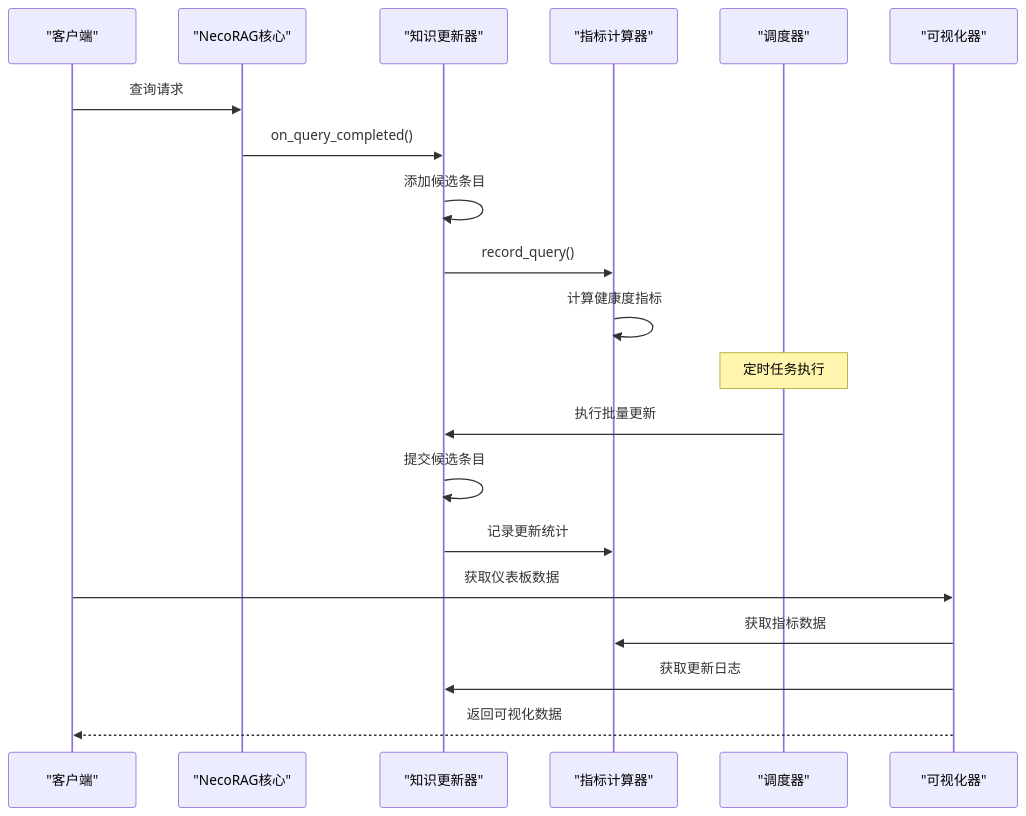
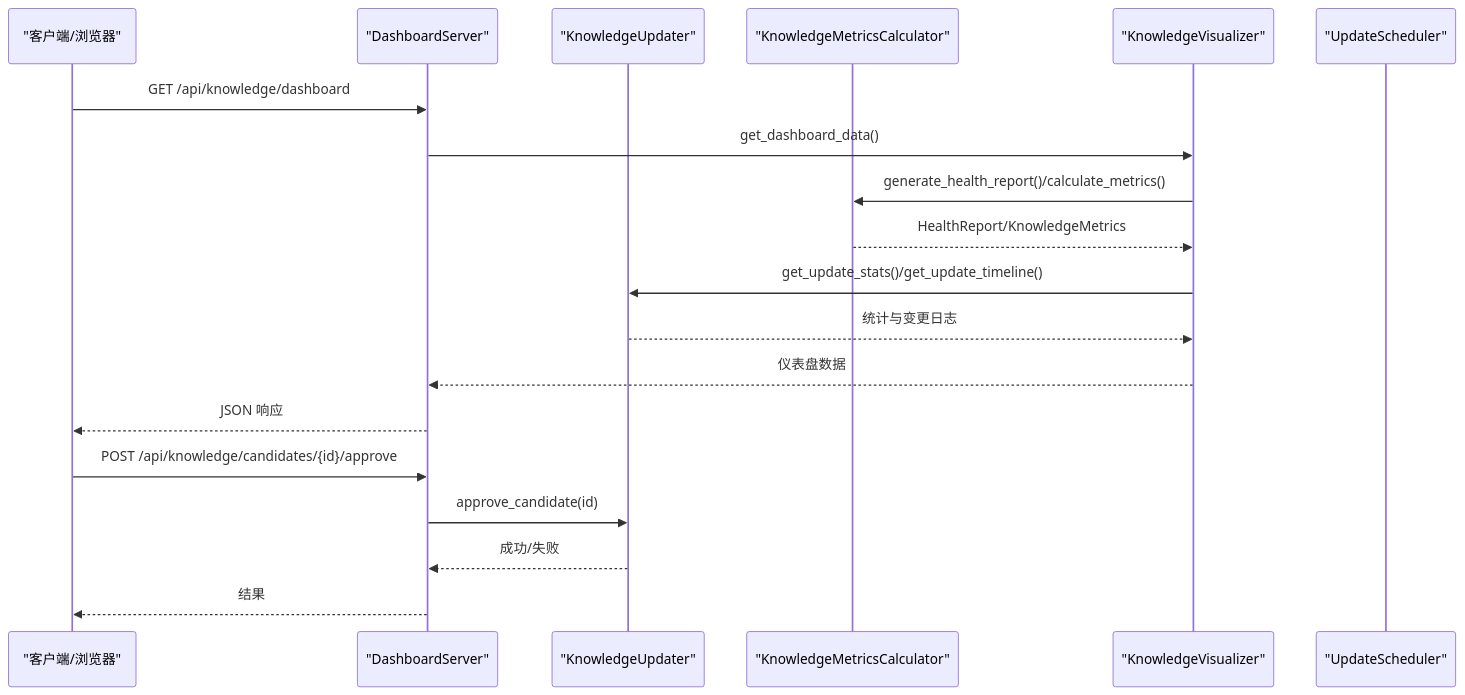
One commit to JieGaoPrinceton/NecoRAG changed the second of 7 diagrams in .qoder/repowiki/zh/content/知识演化系统/知识演化系统.md. Above: the diagram before and after it, drawn with Mermaid. The commit also changed other lines of this file and 181 other files, not shown here.

````diff
--- a/.qoder/repowiki/zh/content/知识演化系统/知识演化系统.md
+++ b/.qoder/repowiki/zh/content/知识演化系统/知识演化系统.md
@@ -111,22 +126,21 @@
 ```mermaid
 sequenceDiagram
-participant Client as "客户端"
-participant NecoRAG as "NecoRAG核心"
-participant Updater as "知识更新器"
-participant Metrics as "指标计算器"
-participant Scheduler as "调度器"
-participant Visualizer as "可视化器"
-Client->>NecoRAG : 查询请求
-NecoRAG->>Updater : on_query_completed()
-Updater->>Updater : 添加候选条目
-Updater->>Metrics : record_query()
-Metrics->>Metrics : 计算健康度指标
-Note over Scheduler : 定时任务执行
-Scheduler->>Updater : 执行批量更新
-Updater->>Updater : 提交候选条目
-Updater->>Metrics : 记录更新统计
-Client->>Visualizer : 获取仪表板数据
-Visualizer->>Metrics : 获取指标数据
-Visualizer->>Updater : 获取更新日志
-Visualizer-->>Client : 返回可视化数据
+participant Client as "客户端/浏览器"
+participant API as "DashboardServer"
+participant Updater as "KnowledgeUpdater"
+participant Metrics as "KnowledgeMetricsCalculator"
+participant Visual as "KnowledgeVisualizer"
+participant Scheduler as "UpdateScheduler"
+Client->>API : GET /api/knowledge/dashboard
+API->>Visual : get_dashboard_data()
+Visual->>Metrics : generate_health_report()/calculate_metrics()
+Metrics-->>Visual : HealthReport/KnowledgeMetrics
+Visual->>Updater : get_update_stats()/get_update_timeline()
+Updater-->>Visual : 统计与变更日志
+Visual-->>API : 仪表盘数据
+API-->>Client : JSON 响应
+Client->>API : POST /api/knowledge/candidates/{id}/approve
+API->>Updater : approve_candidate(id)
+Updater-->>API : 成功/失败
+API-->>Client : 结果
 ```
````
